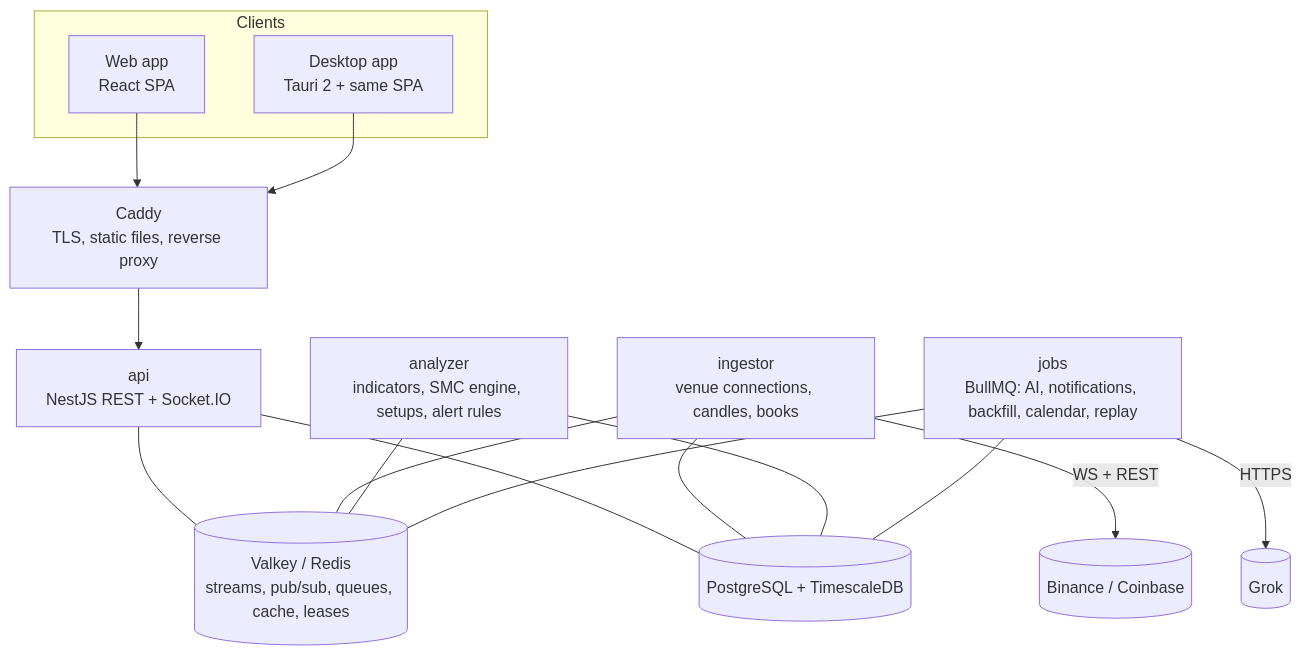
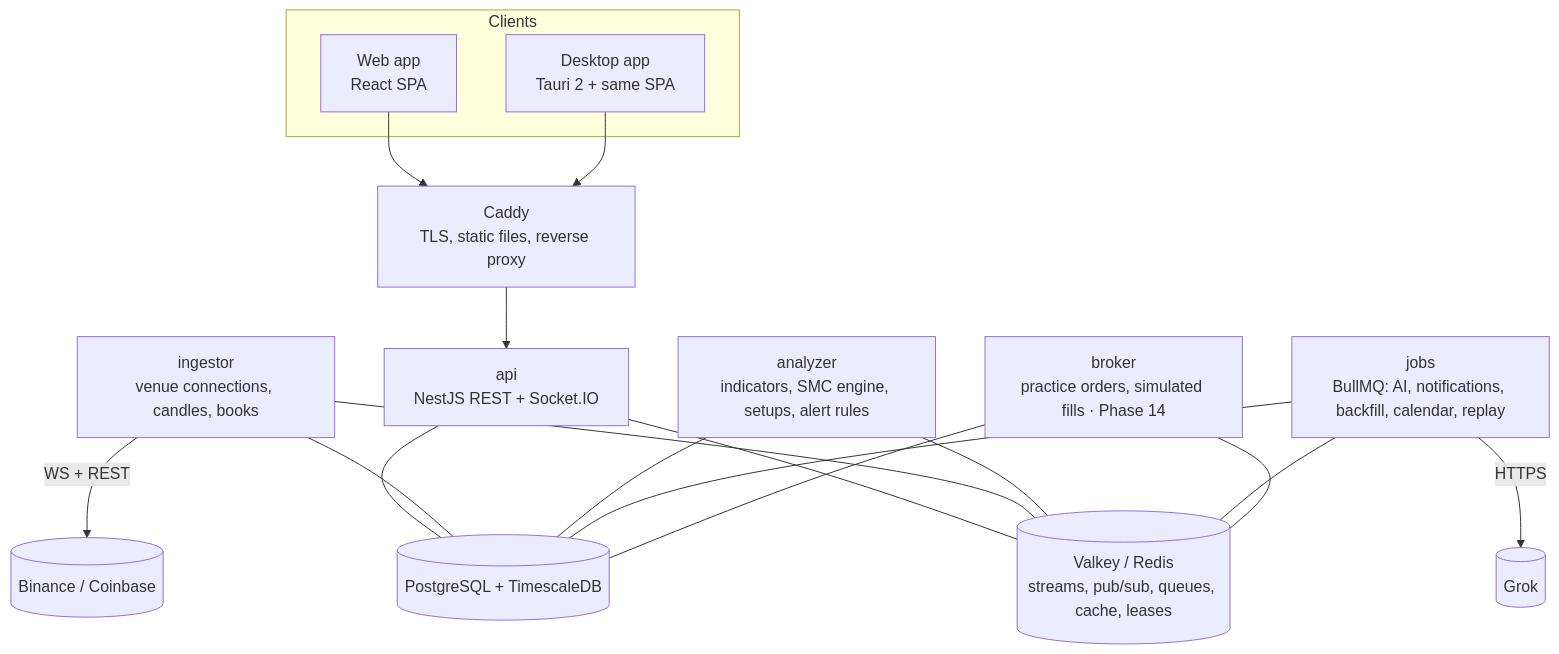
One commit to Dasun24c/crypto-intelligence-platform changed the second of 3 diagrams in docs/phase-0/03-architecture.md. Above: the diagram before and after it, drawn with Mermaid. The commit also changed other lines of this file and 92 other files, not shown here.

````diff
--- a/docs/phase-0/03-architecture.md
+++ b/docs/phase-0/03-architecture.md
@@ -33,27 +33,30 @@
 ```mermaid
 flowchart TB
   subgraph clients[Clients]
     web[Web app<br/>React SPA]
     desk[Desktop app<br/>Tauri 2 + same SPA]
   end
   caddy[Caddy<br/>TLS, static files, reverse proxy]
   api[api<br/>NestJS REST + Socket.IO]
   ing[ingestor<br/>venue connections, candles, books]
   ana[analyzer<br/>indicators, SMC engine, setups, alert rules]
   jobs[jobs<br/>BullMQ: AI, notifications, backfill, calendar, replay]
+  brk[broker<br/>practice orders, simulated fills · Phase 14]
   pg[(PostgreSQL + TimescaleDB)]
   rd[(Valkey / Redis<br/>streams, pub/sub, queues, cache, leases)]
   web --> caddy
   desk --> caddy
   caddy --> api
   api --- rd
   api --- pg
   ing --- rd
   ing --- pg
   ana --- rd
   ana --- pg
   jobs --- rd
   jobs --- pg
+  brk --- rd
+  brk --- pg
   ing -->|WS + REST| ex[(Binance / Coinbase)]
   jobs -->|HTTPS| grok[(Grok)]
 ```
````
